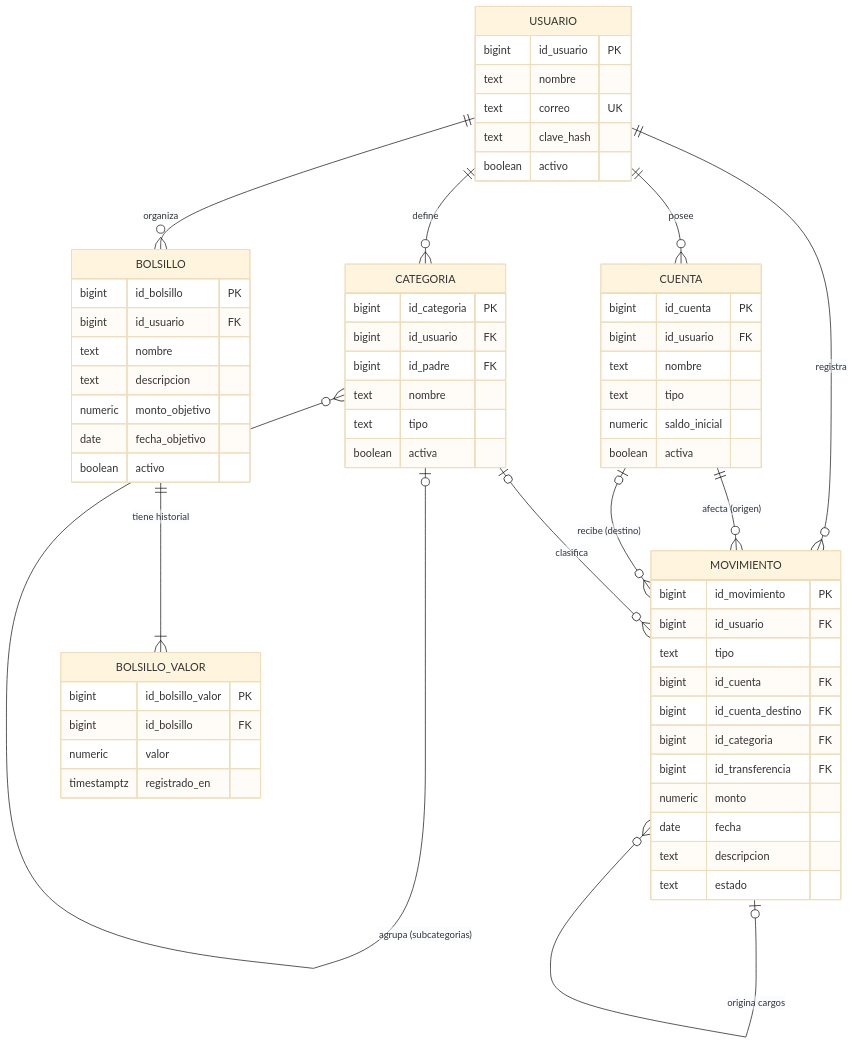
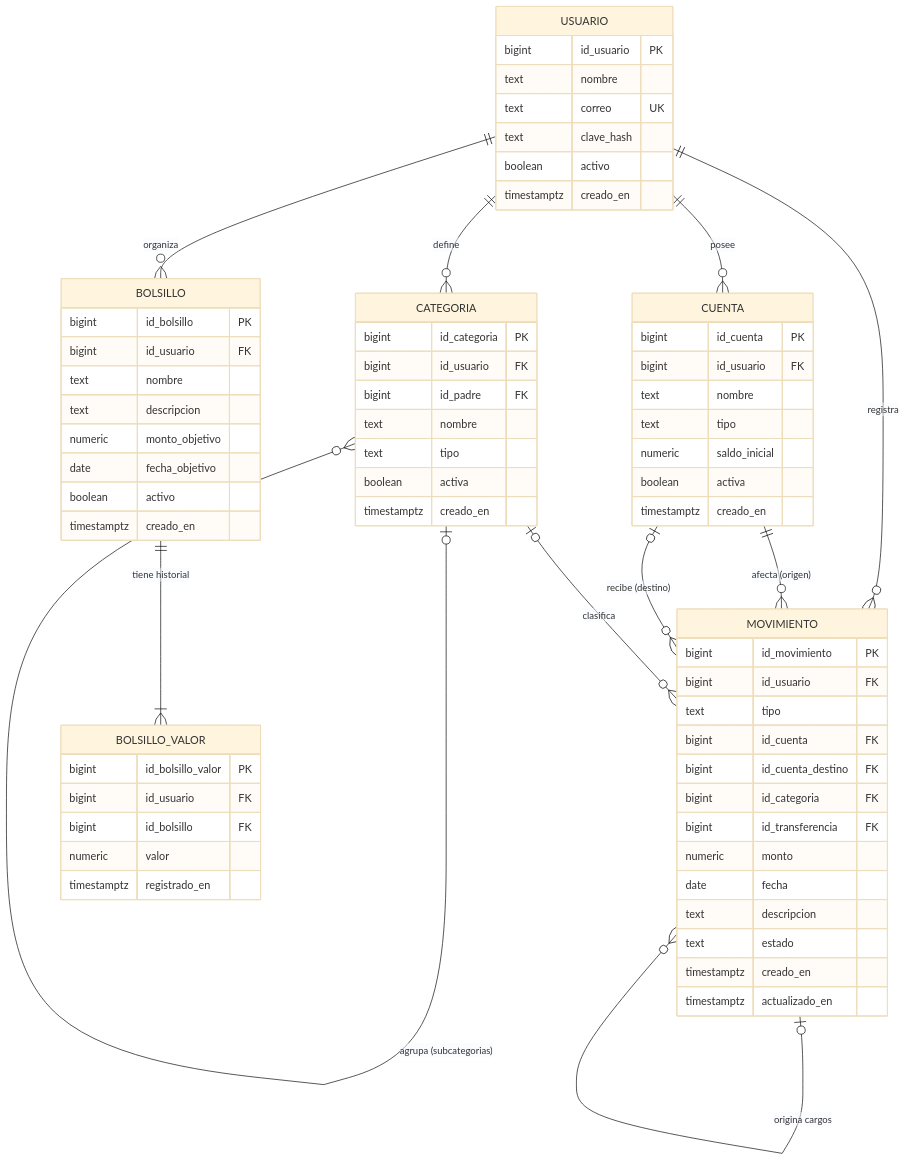
The diagram in docs/MODELO_DATOS.md (duquecastrojorgehumberto/financia-plus), drawn with Mermaid (base theme) before and after one commit. The commit also changed other lines of this file and 2 other files, not shown here.

````diff
--- a/docs/MODELO_DATOS.md
+++ b/docs/MODELO_DATOS.md
@@ -21,65 +37,72 @@
 ```mermaid
 erDiagram
   USUARIO ||--o{ CUENTA : posee
   USUARIO ||--o{ CATEGORIA : define
   USUARIO ||--o{ BOLSILLO : organiza
   USUARIO ||--o{ MOVIMIENTO : registra
   CATEGORIA |o--o{ CATEGORIA : "agrupa (subcategorias)"
   CUENTA ||--o{ MOVIMIENTO : "afecta (origen)"
   CUENTA |o--o{ MOVIMIENTO : "recibe (destino)"
   CATEGORIA |o--o{ MOVIMIENTO : clasifica
   MOVIMIENTO |o--o{ MOVIMIENTO : "origina cargos"
   BOLSILLO ||--|{ BOLSILLO_VALOR : "tiene historial"
 
   USUARIO {
     bigint id_usuario PK
     text nombre
     text correo UK
     text clave_hash
     boolean activo
+    timestamptz creado_en
   }
   CUENTA {
     bigint id_cuenta PK
     bigint id_usuario FK
     text nombre
     text tipo
     numeric saldo_inicial
     boolean activa
+    timestamptz creado_en
   }
   CATEGORIA {
     bigint id_categoria PK
     bigint id_usuario FK
     bigint id_padre FK
     text nombre
     text tipo
     boolean activa
+    timestamptz creado_en
   }
   MOVIMIENTO {
     bigint id_movimiento PK
     bigint id_usuario FK
     text tipo
     bigint id_cuenta FK
     bigint id_cuenta_destino FK
     bigint id_categoria FK
     bigint id_transferencia FK
     numeric monto
     date fecha
     text descripcion
     text estado
+    timestamptz creado_en
+    timestamptz actualizado_en
   }
   BOLSILLO {
     bigint id_bolsillo PK
     bigint id_usuario FK
     text nombre
     text descripcion
     numeric monto_objetivo
     date fecha_objetivo
     boolean activo
+    timestamptz creado_en
   }
   BOLSILLO_VALOR {
     bigint id_bolsillo_valor PK
+    bigint id_usuario FK
     bigint id_bolsillo FK
     numeric valor
     timestamptz registrado_en
   }
 ```
````
